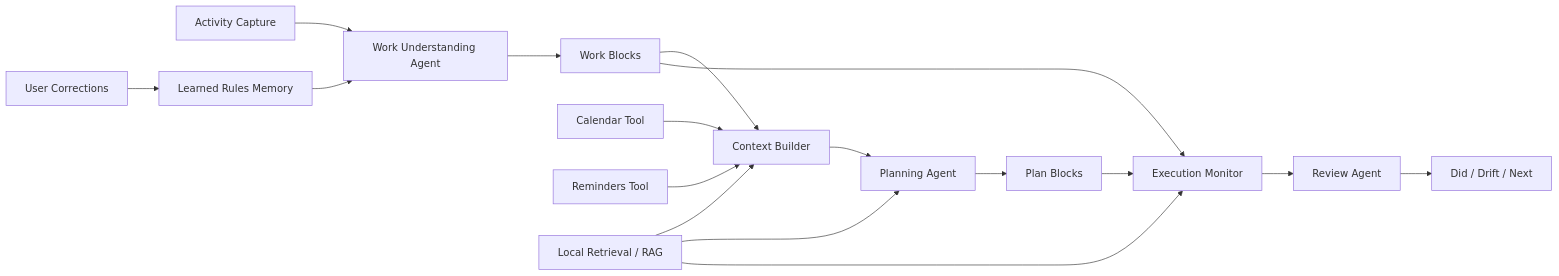
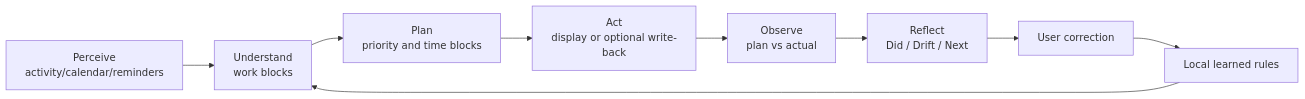
One commit to aurumltd/Trace_V3_showcase changed the diagram in docs/ai-agent-system-design-en.md. Above: the diagram before and after it, drawn with Mermaid. The commit also changed other lines of this file and 8 other files, not shown here.

````diff
--- a/docs/ai-agent-system-design-en.md
+++ b/docs/ai-agent-system-design-en.md
@@ -11,19 +33,11 @@
 ```mermaid
 flowchart LR
-  A[Activity Capture] --> B[Work Understanding Agent]
-  B --> C[Work Blocks]
-  D[Calendar Tool] --> E[Context Builder]
-  F[Reminders Tool] --> E
-  G[Learned Rules Memory] --> B
-  R[Local Retrieval / RAG] --> E
-  R --> H[Planning Agent]
-  R --> J[Execution Monitor]
-  C --> E
-  E --> H[Planning Agent]
-  H --> I[Plan Blocks]
-  I --> J[Execution Monitor]
-  C --> J
-  J --> K[Review Agent]
-  K --> L[Did / Drift / Next]
-  M[User Corrections] --> G
+  A[Perceive<br/>activity/calendar/reminders] --> B[Understand<br/>work blocks]
+  B --> C[Plan<br/>priority and time blocks]
+  C --> D[Act<br/>display or optional write-back]
+  D --> E[Observe<br/>plan vs actual]
+  E --> F[Reflect<br/>Did / Drift / Next]
+  F --> G[User correction]
+  G --> H[Local learned rules]
+  H --> B
 ```
````
